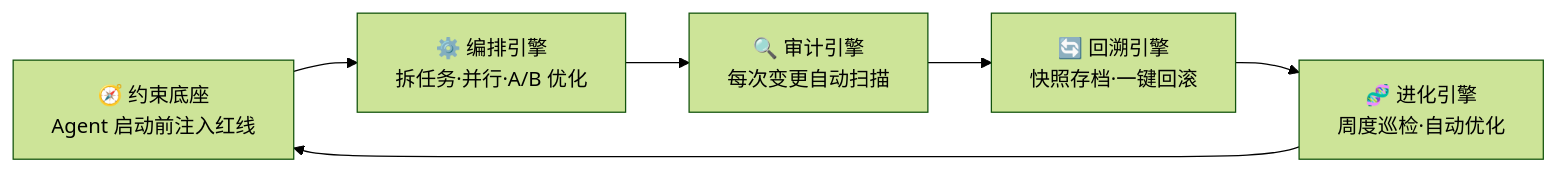
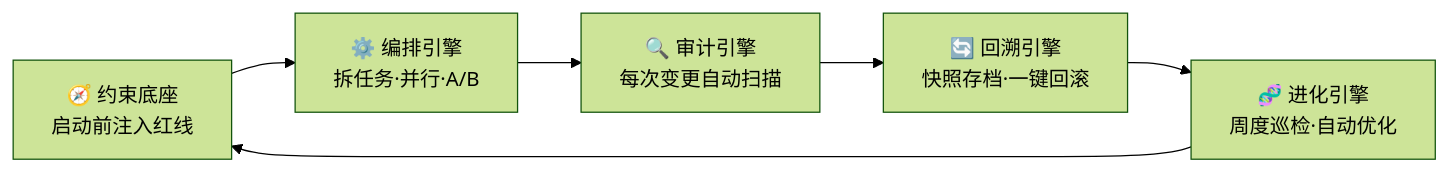
The first of 3 diagrams in docs/ARCHITECTURE.md (KongFangXun/sofagent), drawn with Mermaid (forest theme) before and after one commit. The commit also changed other lines of this file and 195 other files, not shown here.

````diff
--- a/docs/ARCHITECTURE.md
+++ b/docs/ARCHITECTURE.md
@@ -60,8 +51,8 @@
 ```mermaid
 graph LR
-    A["🧭 约束底座<br/>Agent 启动前注入红线"] --> B["⚙️ 编排引擎<br/>拆任务·并行·A/B 优化"]
+    A["🧭 约束底座<br/>启动前注入红线"] --> B["⚙️ 编排引擎<br/>拆任务·并行·A/B"]
     B --> C["🔍 审计引擎<br/>每次变更自动扫描"]
     C --> D["🔄 回溯引擎<br/>快照存档·一键回滚"]
     D --> E["🧬 进化引擎<br/>周度巡检·自动优化"]
     E --> A
 ```
````
